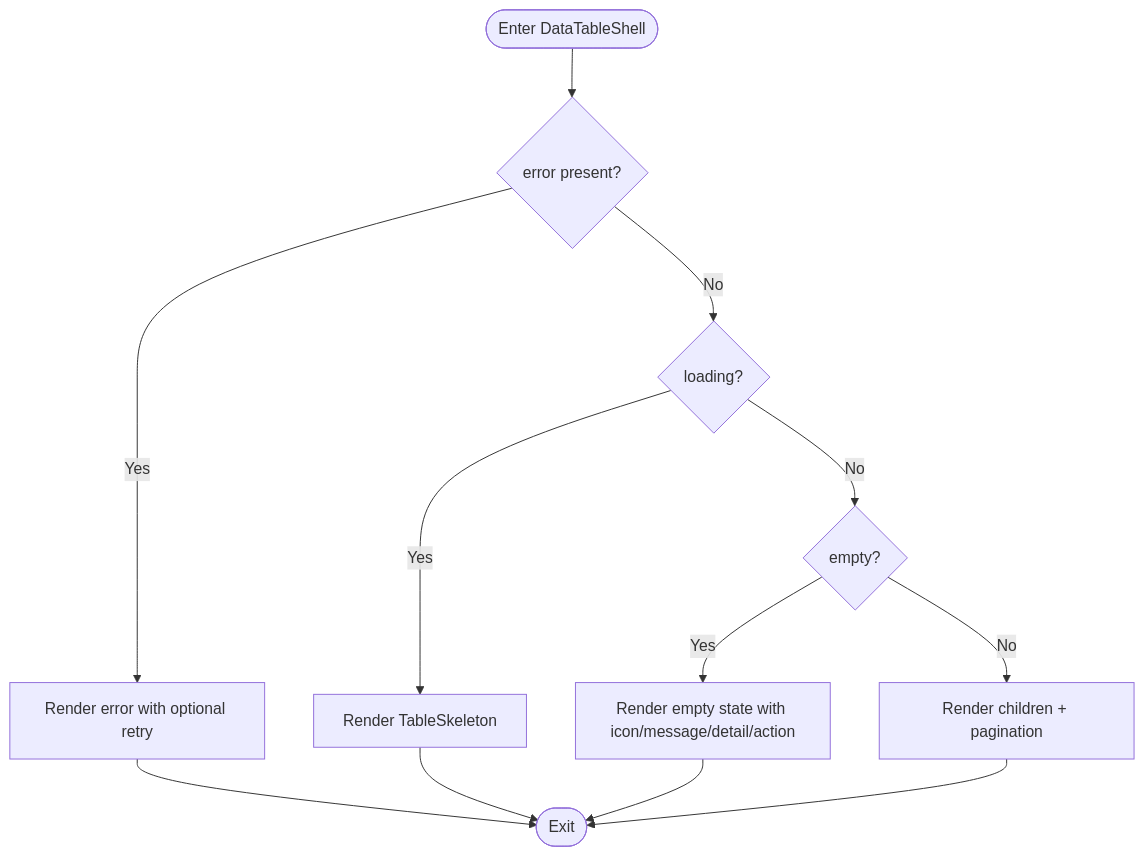
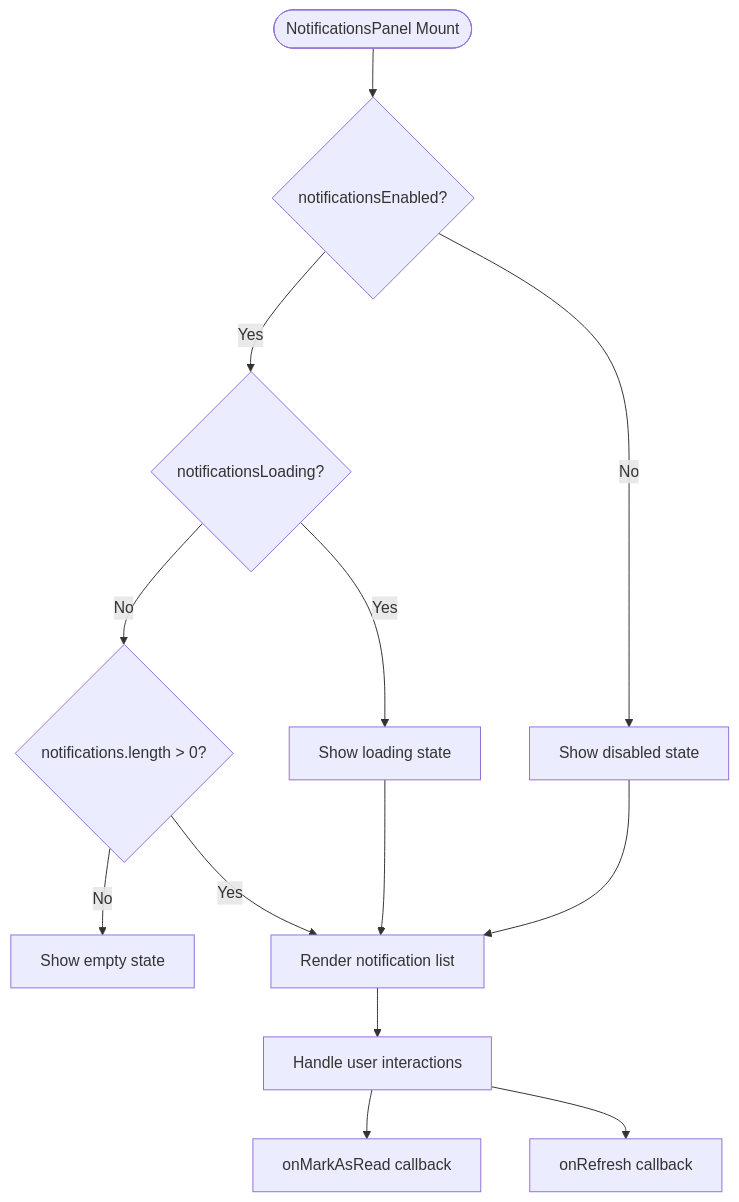
The fifth of 5 diagrams in .qoder/repowiki/en/content/UI Components/UI Components.md (mustafaalkusaj/appschoolmustafa2002), drawn with Mermaid before and after one commit. The commit also changed other lines of this file and 277 other files, not shown here.

````diff
--- a/.qoder/repowiki/en/content/UI Components/UI Components.md
+++ b/.qoder/repowiki/en/content/UI Components/UI Components.md
@@ -484,14 +404,15 @@
 ```mermaid
 flowchart TD
-Start(["Enter DataTableShell"]) --> CheckError{"error present?"}
-CheckError --> |Yes| ErrorView["Render error with optional retry"]
-CheckError --> |No| CheckLoading{"loading?"}
-CheckLoading --> |Yes| Skeleton["Render TableSkeleton"]
-CheckLoading --> |No| CheckEmpty{"empty?"}
-CheckEmpty --> |Yes| Empty["Render empty state with icon/message/detail/action"]
-CheckEmpty --> |No| Content["Render children + pagination"]
-ErrorView --> End(["Exit"])
-Skeleton --> End
-Empty --> End
-Content --> End
+Start(["NotificationsPanel Mount"]) --> CheckEnabled{"notificationsEnabled?"}
+CheckEnabled --> |No| Disabled["Show disabled state"]
+CheckEnabled --> |Yes| CheckLoading{"notificationsLoading?"}
+CheckLoading --> |Yes| Loading["Show loading state"]
+CheckLoading --> |No| CheckEmpty{"notifications.length > 0?"}
+CheckEmpty --> |No| Empty["Show empty state"]
+CheckEmpty --> |Yes| Render["Render notification list"]
+Loading --> Render
+Disabled --> Render
+Render --> Interact["Handle user interactions"]
+Interact --> MarkRead["onMarkAsRead callback"]
+Interact --> Refresh["onRefresh callback"]
 ```
````
